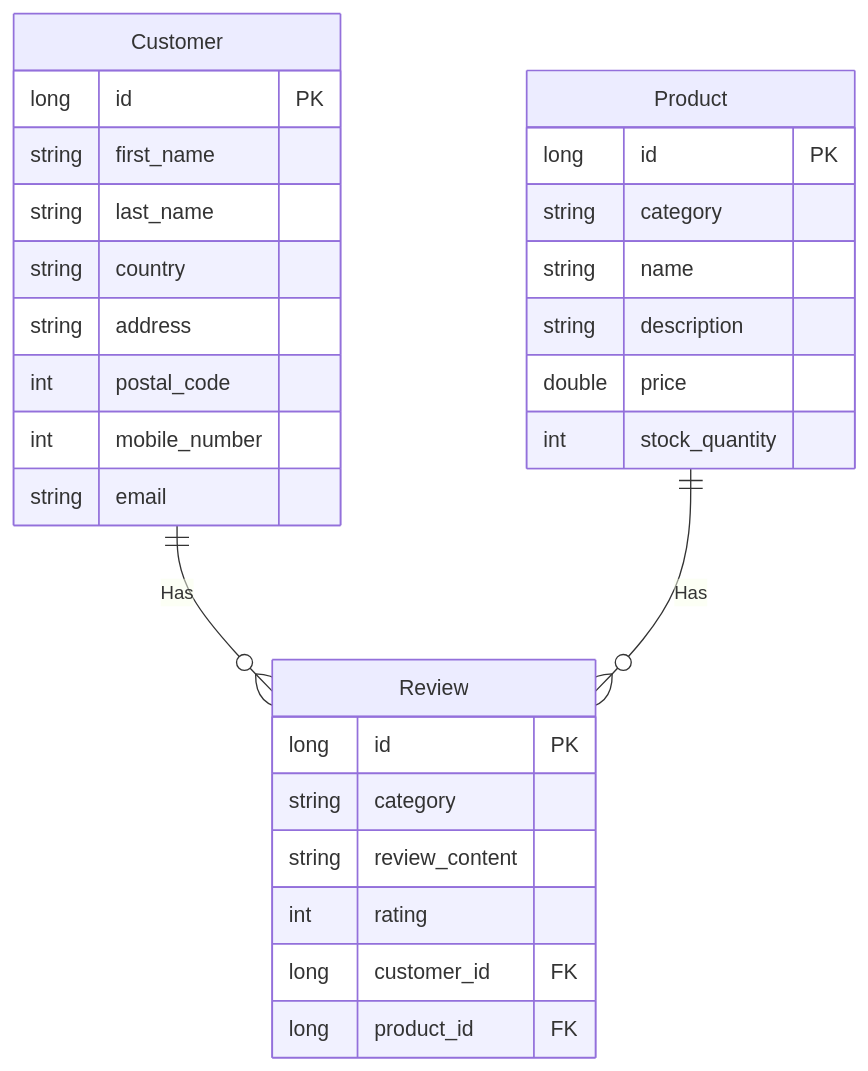
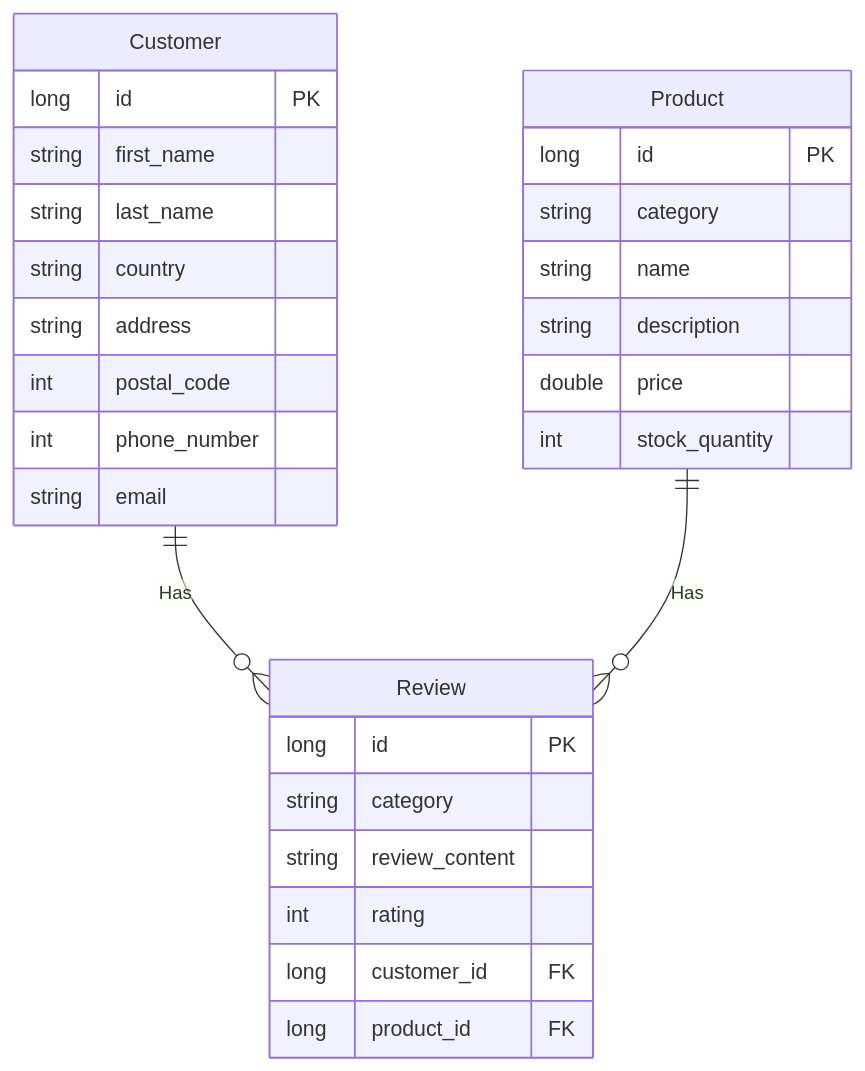
Before and after one commit to kiblykat/TheReviewRoom: the diagram in Documentation/Diagrams/Entity Relationship Diagram.md, drawn with Mermaid. The commit also changed 3 other files, not shown here.

First line of the commit message:
Updated ER Diagram to change mobile_no to phone_no.

````diff
--- a/Documentation/Diagrams/Entity Relationship Diagram.md
+++ b/Documentation/Diagrams/Entity Relationship Diagram.md
@@ -1,34 +1,34 @@
 ```mermaid
 erDiagram
     Customer {
         long id PK
         string first_name
         string last_name
         string country
         string address
         int postal_code
-        int mobile_number
+        int phone_number
         string email
+    }
+
+    Product {
+        long id PK
+        string category
+        string name
+        string description
+        double price
+        int stock_quantity
     }
 
     Review {
         long id PK
         string category
         string review_content
         int rating
         long customer_id FK
         long product_id FK
     }
 
-    Product {
-        long id PK
-        string category
-        string name
-        string description
-        double price
-        int stock_quantity
-    }
-
     Customer ||--O{ Review : "Has"
     Product ||--O{ Review : "Has"
 ```
````
